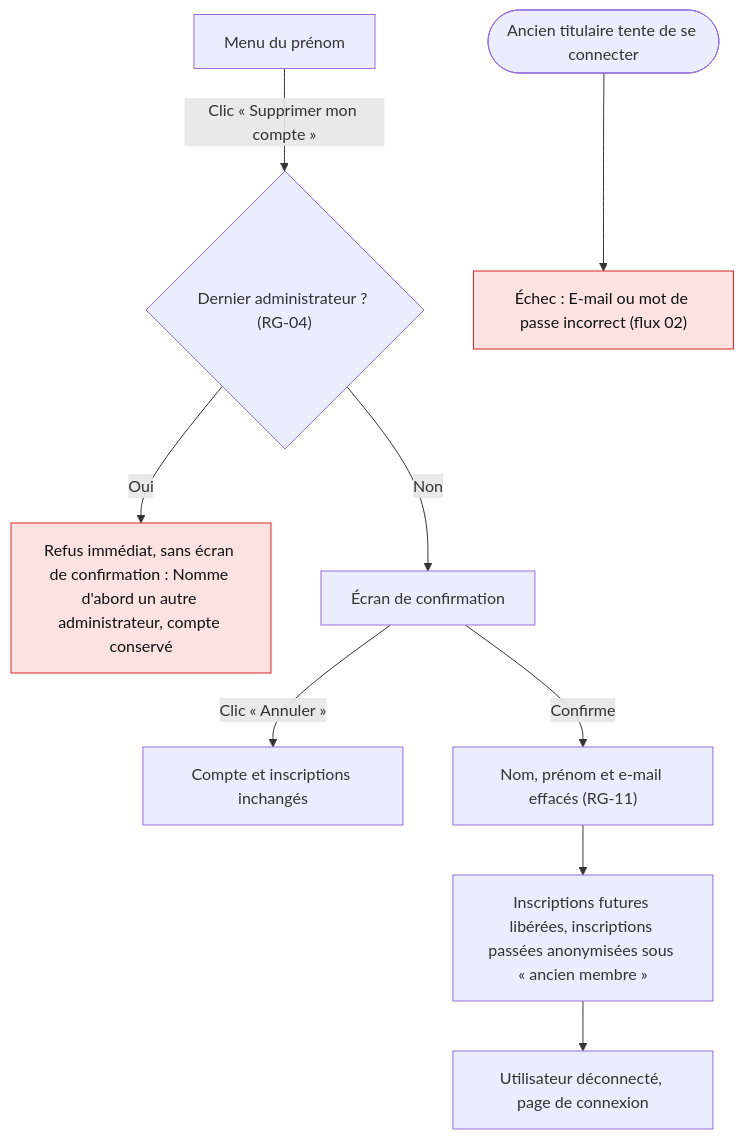
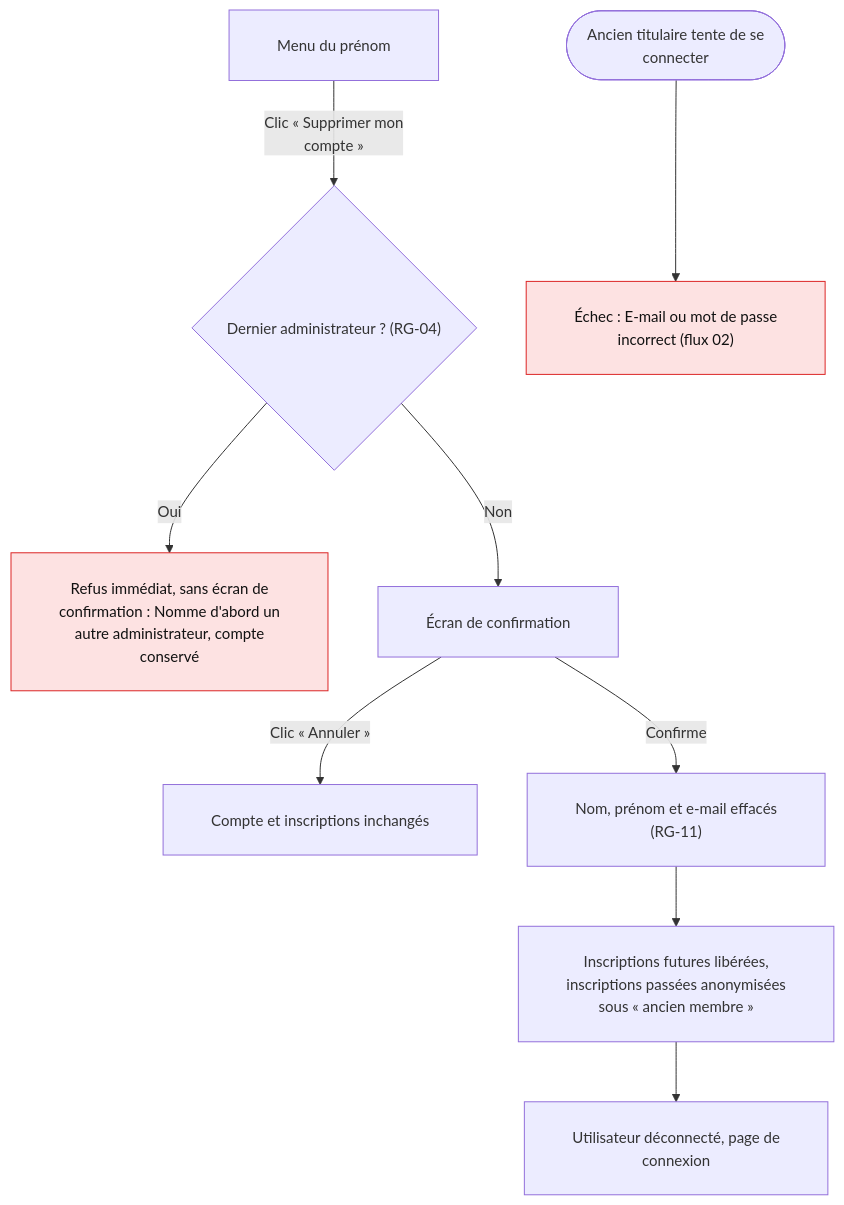
The diagram in docs/flows/08-suppression-compte.mmd (nathanjouannon/Creno), drawn with Mermaid before and after one commit. The commit also changed 9 other files, not shown here.

```diff
--- a/docs/flows/08-suppression-compte.mmd
+++ b/docs/flows/08-suppression-compte.mmd
@@ -1,14 +1,15 @@
+%%{init: {"flowchart": {"htmlLabels": true, "wrappingWidth": 360, "padding": 24, "nodeSpacing": 50, "rankSpacing": 60, "curve": "basis"}, "themeVariables": {"fontSize": "15px"}}}%%
 %% Suppression de son compte et de ses données (F-11, RG-04, RG-11)
 %% Légende : rectangle = écran, stade = action, losange = décision, rouge = erreur / refus
 flowchart TD
     classDef error fill:#fde2e2,stroke:#dc2626,color:#111
 
-    M["Menu du prénom"] -->|"Clic « Supprimer mon compte »"| A{"Dernier administrateur ? (RG-04)"}
-    A -->|"Oui"| A1["Refus immédiat, sans écran de confirmation : Nomme d'abord un autre administrateur, compte conservé"]:::error
+    M["Menu du prénom"] -->|"Clic « Supprimer mon<br/>compte »"| A{"Dernier administrateur ? (RG-04)"}
+    A -->|"Oui"| A1["Refus immédiat, sans écran de<br/>confirmation : Nomme d'abord un<br/>autre administrateur, compte<br/>conservé"]:::error
     A -->|"Non"| C["Écran de confirmation"]
-    C -->|"Clic « Annuler »"| K["Compte et inscriptions inchangés"]
-    C -->|"Confirme"| D["Nom, prénom et e-mail effacés (RG-11)"]
-    D --> D1["Inscriptions futures libérées, inscriptions passées anonymisées sous « ancien membre »"]
-    D1 --> D2["Utilisateur déconnecté, page de connexion"]
+    C -->|"Clic « Annuler »"| K["Compte et inscriptions inchangés"]
+    C -->|"Confirme"| D["Nom, prénom et e-mail effacés<br/>(RG-11)"]
+    D --> D1["Inscriptions futures libérées,<br/>inscriptions passées anonymisées<br/>sous « ancien membre »"]
+    D1 --> D2["Utilisateur déconnecté, page de<br/>connexion"]
 
-    X(["Ancien titulaire tente de se connecter"]) --> X1["Échec : E-mail ou mot de passe incorrect (flux 02)"]:::error
+    X(["Ancien titulaire tente de se<br/>connecter"]) --> X1["Échec : E-mail ou mot de passe<br/>incorrect (flux 02)"]:::error
```
